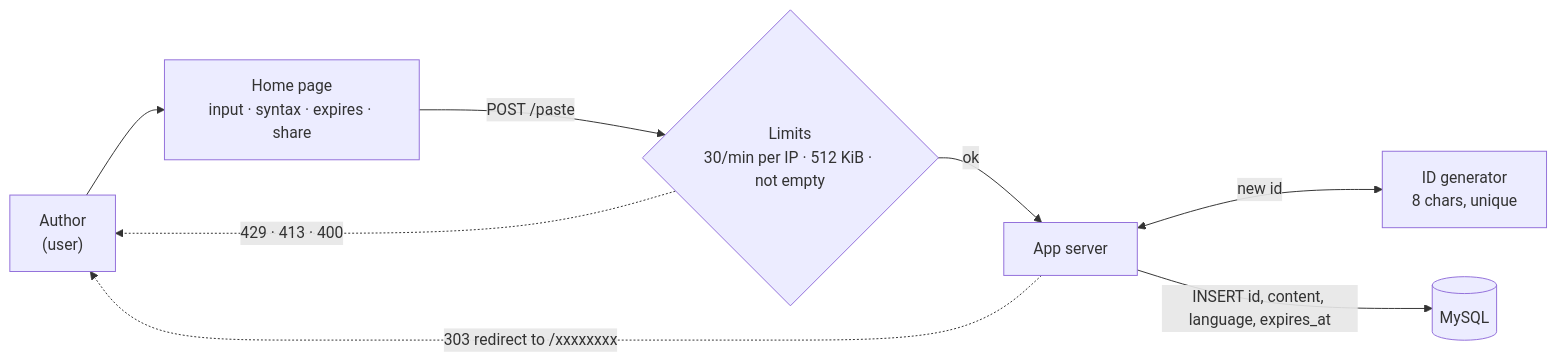
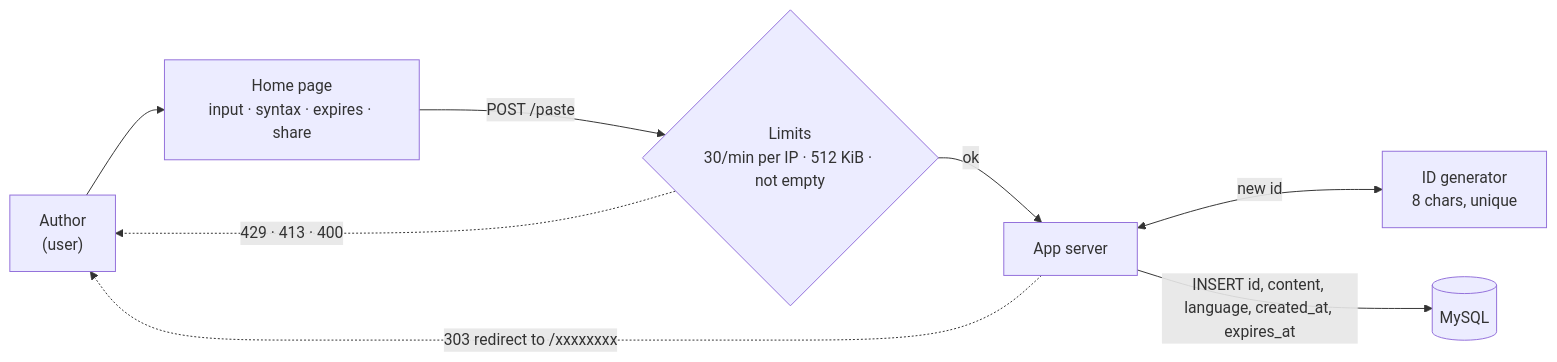
One commit to bulutaysarac/pastebin changed the first of 4 diagrams in README.md. Above: the diagram before and after it, drawn with Mermaid. The commit also changed 2 other files, not shown here.

Commit message:
fix: small gaps in shutdown, the dashboard and the README
- Compose killed the app after 10s, the same as its HTTP drain, with a cleanup batch of up to 5s still to come. It now allows 20s.
- The Server errors stat showed No data until the first 5xx after a restart, because the series didn't exist. It now shows 0.
- The README's write flow left out created_at.

````diff
--- a/README.md
+++ b/README.md
@@ -10,10 +10,10 @@
 ```mermaid
 flowchart LR
     Author["Author<br/>(user)"] --> Home["Home page<br/>input · syntax · expires · share"]
     Home -->|"POST /paste"| Limits{"Limits<br/>30/min per IP · 512 KiB · not empty"}
     Limits -.->|"429 · 413 · 400"| Author
     Limits -->|ok| App["App server"]
     App <-->|"new id"| IDGen["ID generator<br/>8 chars, unique"]
-    App -->|"INSERT id, content, language, expires_at"| DB[("MySQL")]
+    App -->|"INSERT id, content, language, created_at, expires_at"| DB[("MySQL")]
     App -.->|"303 redirect to /xxxxxxxx"| Author
 ```
````
